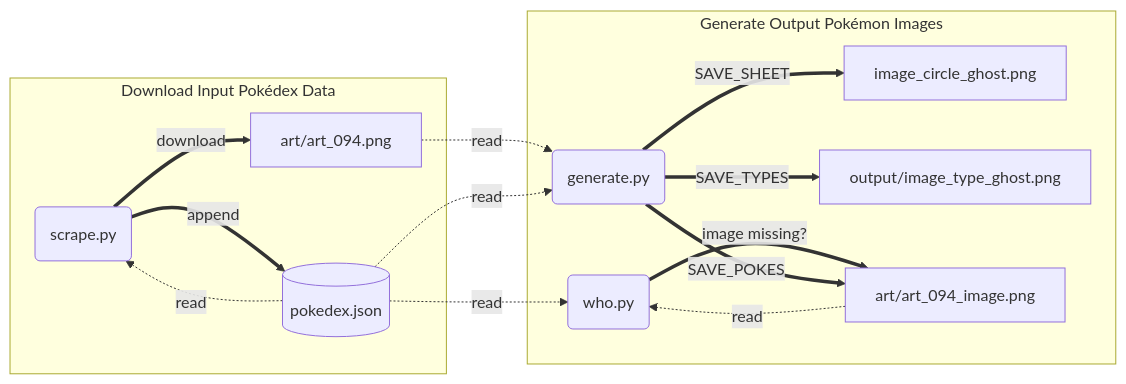
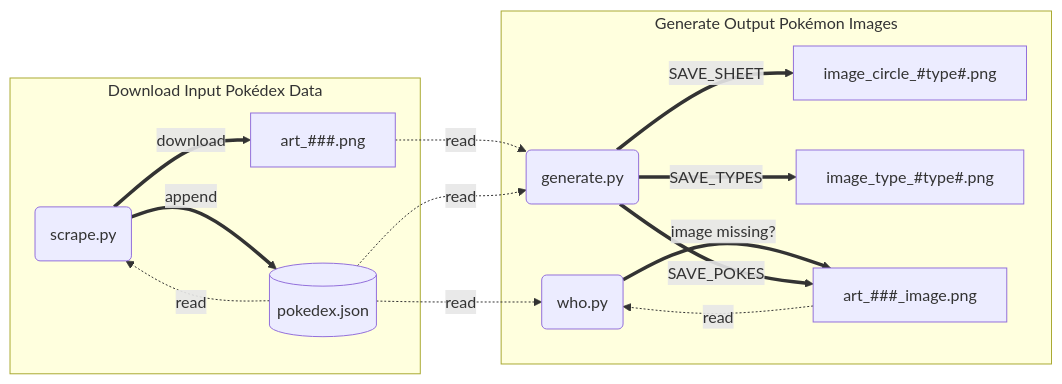
Before and after one commit to DevinBerchtold/PokeChart: the first of 2 diagrams in README.md, drawn with Mermaid. The commit also changed other lines of this file and 9 other files, not shown here.

````diff
--- a/README.md
+++ b/README.md
@@ -95,25 +92,24 @@
 ```mermaid
 graph LR
-    %%   &lt; is "<"    &#61; is "="    &#39; is "'"    &gt; is ">"
     subgraph Download Input Pokédex Data
         S(scrape.py)
-        A[art/art_094.png]
+        A[art_###.png]
         D[(pokedex.json)]
         S ==>|append| D
         S ==>|download| A
     end
     subgraph Generate Output Pokémon Images
         W(who.py)
         G(generate.py)
-        C[image_circle_ghost.png]
-        T[output/image_type_ghost.png]
-        I[art/art_094_image.png]
+        C[image_circle_#type#.png]
+        T[image_type_#type#.png]
+        I[art_###_image.png]
         W ==>|image missing?| I
         I .->|read| W
         G ==>|SAVE_POKES| I
         G ==>|SAVE_TYPES| T
         G ==>|SAVE_SHEET| C
     end
     A .->|read| G
     D .->|read| S & W & G
 ```
````
